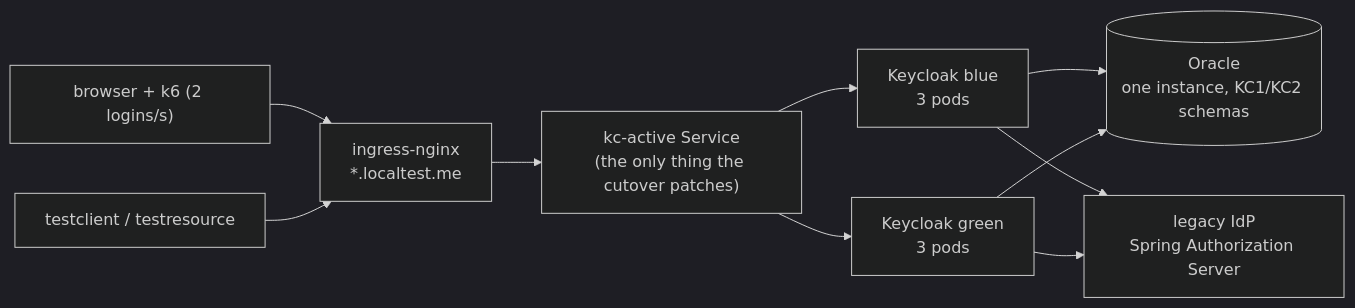
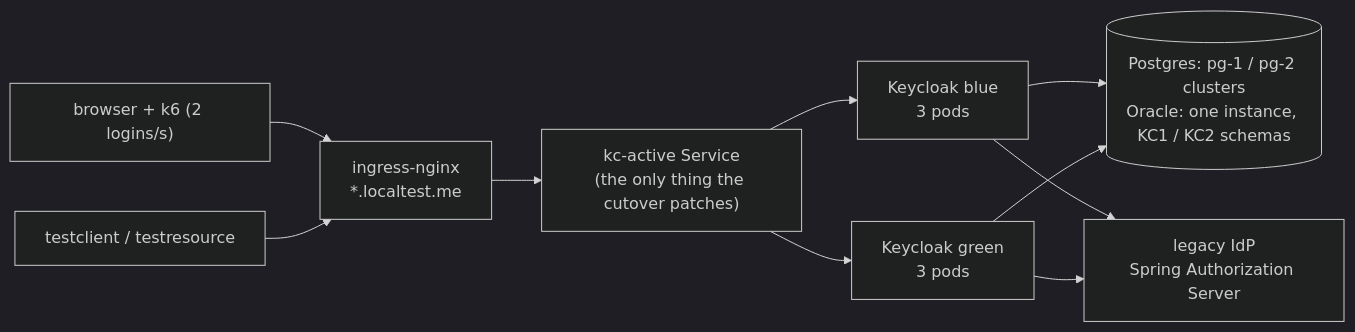
One commit to psalg-dev/keycloak-bluegreen changed the diagram in README.md. Above: the diagram before and after it, drawn with Mermaid (dark theme). The commit also changed other lines of this file and 5 other files, not shown here.

````diff
--- a/README.md
+++ b/README.md
@@ -32,12 +30,12 @@
 ```mermaid
 flowchart LR
   U["browser + k6 (2 logins/s)"] --> E["ingress-nginx<br/>*.localtest.me"]
   E --> S["kc-active Service<br/>(the only thing the cutover patches)"]
   S --> B["Keycloak blue<br/>3 pods"]
   S --> G["Keycloak green<br/>3 pods"]
-  B --> DB[("Oracle<br/>one instance, KC1/KC2 schemas")]
+  B --> DB[("Postgres: pg-1 / pg-2 clusters<br/>Oracle: one instance, KC1 / KC2 schemas")]
   G --> DB
   B --> L["legacy IdP<br/>Spring Authorization Server"]
   G --> L
   A["testclient / testresource"] --> E
 ```
````
